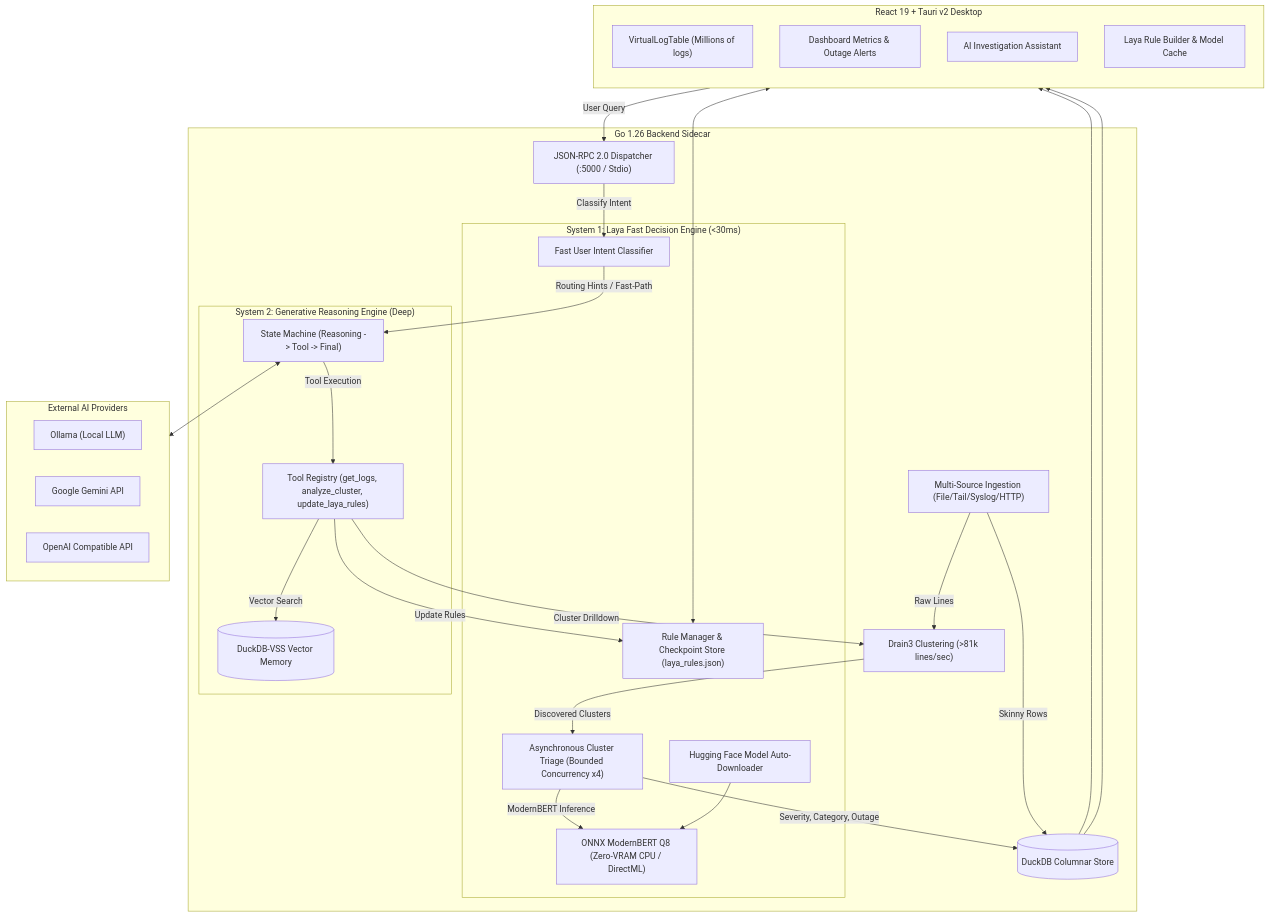
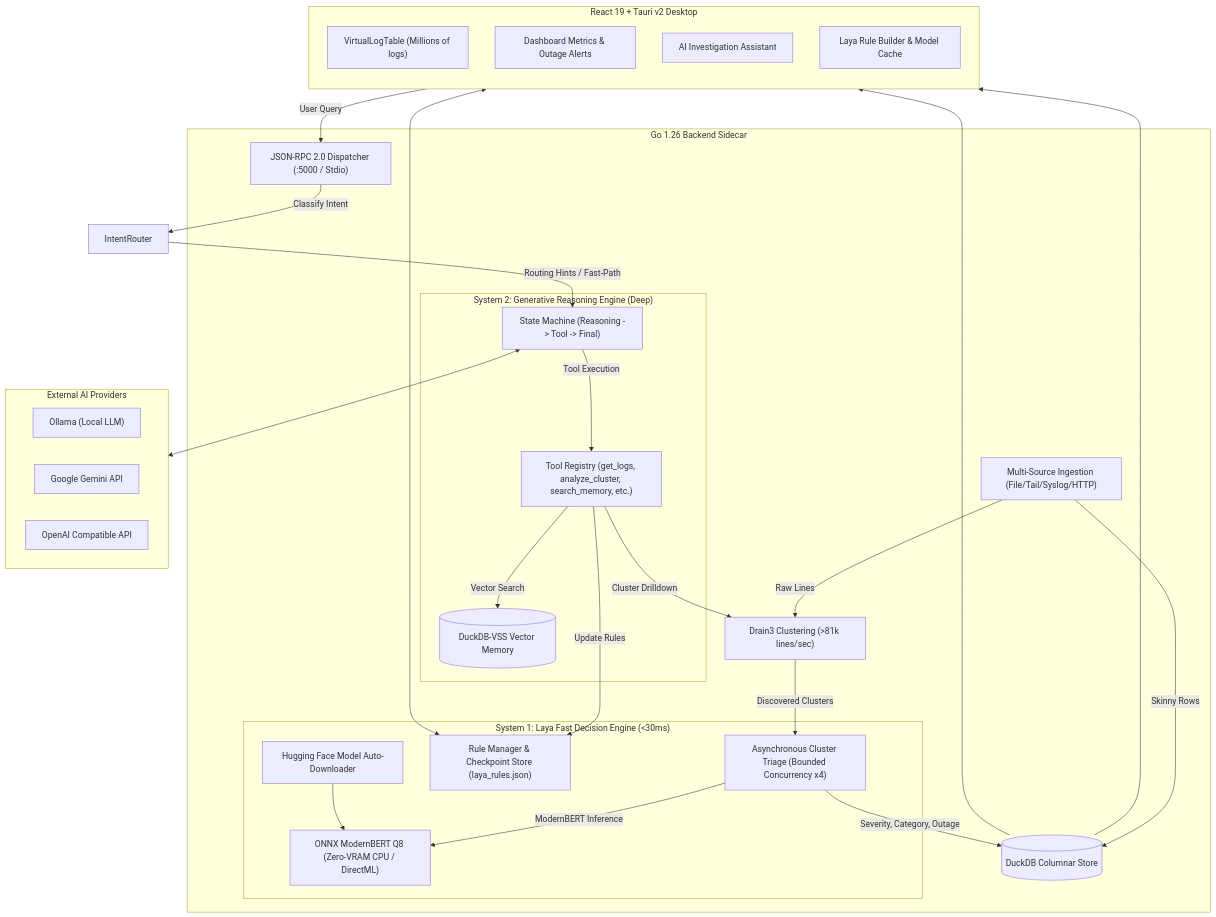
Before and after one commit to serguei9090/LogLensAi: the first of 2 diagrams in README.md, drawn with Mermaid. The commit also changed other lines of this file and 4 other files, not shown here.

Commit message:
chore(ai): decouple experimental laya tool from chat and update roadmap

````diff
--- a/README.md
+++ b/README.md
@@ -29,58 +29,57 @@
 ```mermaid
 flowchart TD
     subgraph UI ["React 19 + Tauri v2 Desktop"]
         direction TB
         LogTable["VirtualLogTable (Millions of logs)"]
         Dashboard["Dashboard Metrics & Outage Alerts"]
         Chat["AI Investigation Assistant"]
         LayaSettings["Laya Rule Builder & Model Cache"]
     end
 
     subgraph Sidecar ["Go 1.26 Backend Sidecar"]
         RPC["JSON-RPC 2.0 Dispatcher (:5000 / Stdio)"]
         Ingest["Multi-Source Ingestion (File/Tail/Syslog/HTTP)"]
         DuckDB[("DuckDB Columnar Store")]
         Drain3["Drain3 Clustering (>81k lines/sec)"]
         
         subgraph System1 ["System 1: Laya Fast Decision Engine (<30ms)"]
             ONNX["ONNX ModernBERT Q8 (Zero-VRAM CPU / DirectML)"]
             Triage["Asynchronous Cluster Triage (Bounded Concurrency x4)"]
-            IntentRouter["Fast User Intent Classifier"]
             RuleStore["Rule Manager & Checkpoint Store (laya_rules.json)"]
             HFDownloader["Hugging Face Model Auto-Downloader"]
         end
 
         subgraph System2 ["System 2: Generative Reasoning Engine (Deep)"]
             LangGraph["State Machine (Reasoning -> Tool -> Final)"]
             VSS[("DuckDB-VSS Vector Memory")]
-            Tools["Tool Registry (get_logs, analyze_cluster, update_laya_rules)"]
+            Tools["Tool Registry (get_logs, analyze_cluster, search_memory, etc.)"]
         end
     end
 
     subgraph External ["External AI Providers"]
         Ollama["Ollama (Local LLM)"]
         Gemini["Google Gemini API"]
         OpenAI["OpenAI Compatible API"]
     end
 
     %% Wiring
     Ingest -->|Skinny Rows| DuckDB
     Ingest -->|Raw Lines| Drain3
     Drain3 -->|Discovered Clusters| Triage
     Triage -->|ModernBERT Inference| ONNX
     Triage -->|Severity, Category, Outage| DuckDB
     
     Chat -->|User Query| RPC
     RPC -->|Classify Intent| IntentRouter
     IntentRouter -->|Routing Hints / Fast-Path| LangGraph
     LangGraph -->|Tool Execution| Tools
     Tools -->|Vector Search| VSS
     Tools -->|Cluster Drilldown| Drain3
     Tools -->|Update Rules| RuleStore
     LangGraph <--> External
 
     DuckDB --> Dashboard
     DuckDB --> LogTable
     RuleStore <--> LayaSettings
     HFDownloader --> ONNX
 ```
````
